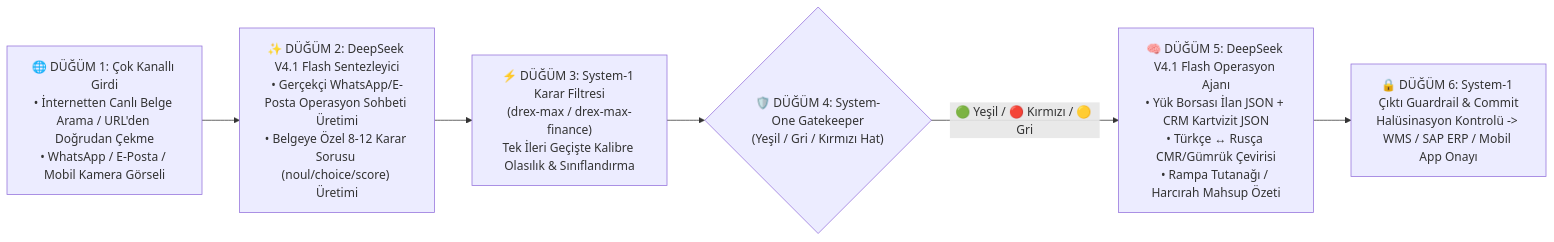
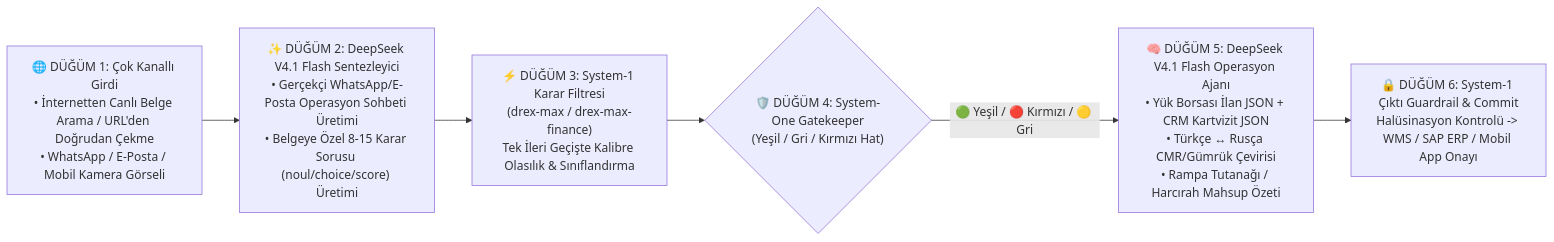
The diagram in README.md (osmanaktas/logi-playground), drawn with Mermaid before and after one commit. The commit also changed other lines of this file, not shown here.

````diff
--- a/README.md
+++ b/README.md
@@ -22,8 +22,8 @@
 ```mermaid
 flowchart LR
-    N1["🌐 DÜĞÜM 1: Çok Kanallı Girdi\n• İnternetten Canlı Belge Arama / URL'den Doğrudan Çekme\n• WhatsApp / E-Posta / Mobil Kamera Görseli"] --> N2["✨ DÜĞÜM 2: DeepSeek V4.1 Flash Sentezleyici\n• Gerçekçi WhatsApp/E-Posta Operasyon Sohbeti Üretimi\n• Belgeye Özel 8-12 Karar Sorusu (noul/choice/score) Üretimi"]
+    N1["🌐 DÜĞÜM 1: Çok Kanallı Girdi\n• İnternetten Canlı Belge Arama / URL'den Doğrudan Çekme\n• WhatsApp / E-Posta / Mobil Kamera Görseli"] --> N2["✨ DÜĞÜM 2: DeepSeek V4.1 Flash Sentezleyici\n• Gerçekçi WhatsApp/E-Posta Operasyon Sohbeti Üretimi\n• Belgeye Özel 8-15 Karar Sorusu (noul/choice/score) Üretimi"]
     N2 --> N3["⚡ DÜĞÜM 3: System-1 Karar Filtresi\n(drex-max / drex-max-finance)\nTek İleri Geçişte Kalibre Olasılık & Sınıflandırma"]
     N3 --> N4{"🛡️ DÜĞÜM 4: System-One Gatekeeper\n(Yeşil / Gri / Kırmızı Hat)"}
     N4 -- "🟢 Yeşil / 🔴 Kırmızı / 🟡 Gri" --> N5["🧠 DÜĞÜM 5: DeepSeek V4.1 Flash Operasyon Ajanı\n• Yük Borsası İlan JSON + CRM Kartvizit JSON\n• Türkçe ↔ Rusça CMR/Gümrük Çevirisi\n• Rampa Tutanağı / Harcırah Mahsup Özeti"]
     N5 --> N6["🔒 DÜĞÜM 6: System-1 Çıktı Guardrail & Commit\nHalüsinasyon Kontrolü -> WMS / SAP ERP / Mobil App Onayı"]
 ```
````
